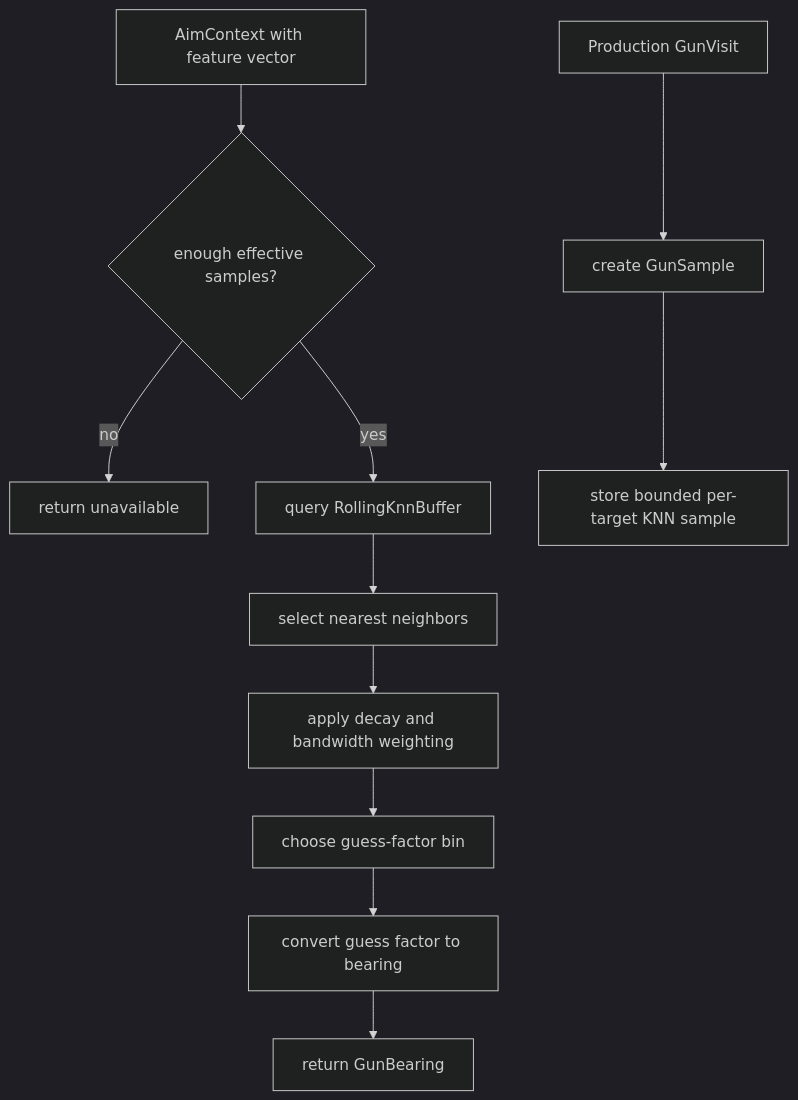
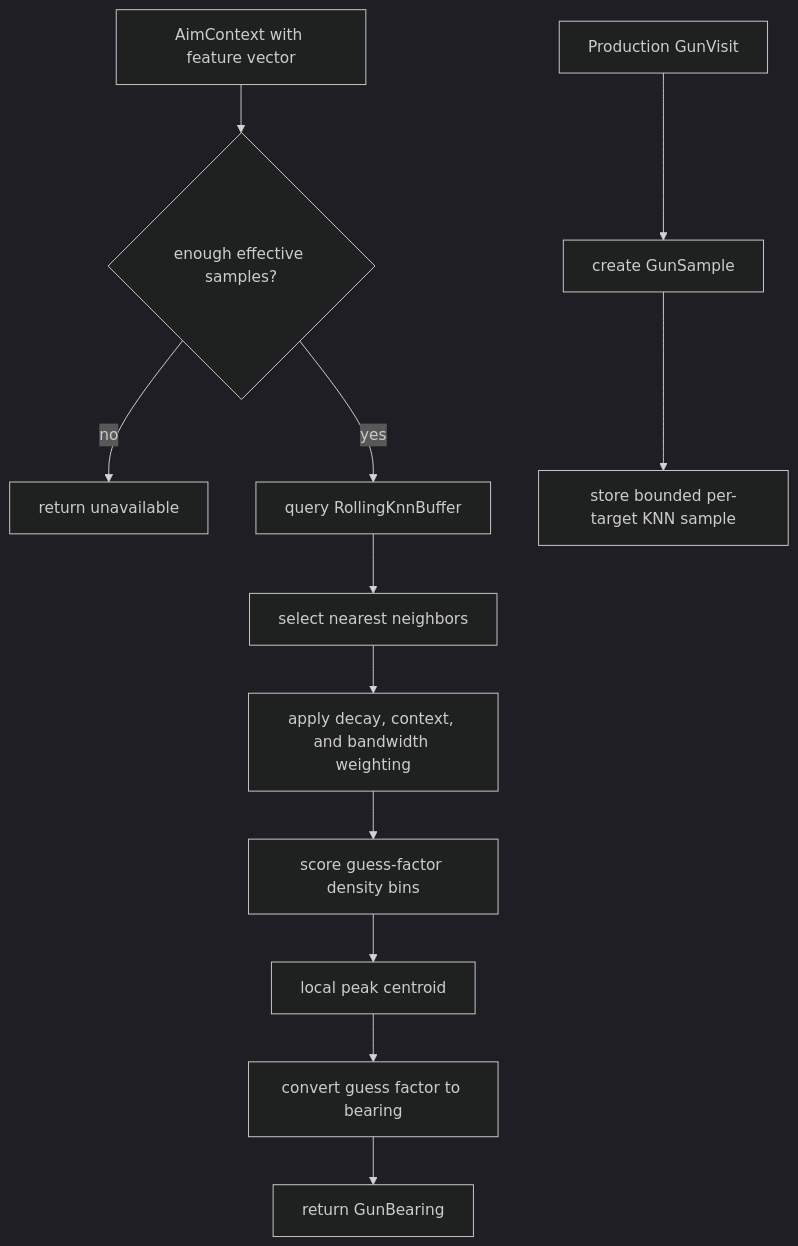
One commit to fduch-stranger/robocode-bot changed the diagram in bots/bot_core/gun/guns/dynamic_cluster/README.md. Above: the diagram before and after it, drawn with Mermaid (dark theme). The commit also changed other lines of this file and 21 other files, not shown here.

Commit message:
Remove outdated dynamic-cluster and shared fire-context planning documents; add shared fire-context implementation, dynamic-cluster aim refinement, context-sensitive weighting, and extended diagnostics with tests.

````diff
--- a/bots/bot_core/gun/guns/dynamic_cluster/README.md
+++ b/bots/bot_core/gun/guns/dynamic_cluster/README.md
@@ -28,13 +40,14 @@
 ```mermaid
 flowchart TD
     A["AimContext with feature vector"] --> B{"enough effective samples?"}
     B -- "no" --> C["return unavailable"]
     B -- "yes" --> D["query RollingKnnBuffer"]
     D --> E["select nearest neighbors"]
-    E --> F["apply decay and bandwidth weighting"]
-    F --> G["choose guess-factor bin"]
-    G --> H["convert guess factor to bearing"]
-    H --> I["return GunBearing"]
+    E --> F["apply decay, context, and bandwidth weighting"]
+    F --> G["score guess-factor density bins"]
+    G --> H["local peak centroid"]
+    H --> I["convert guess factor to bearing"]
+    I --> M["return GunBearing"]
     J["Production GunVisit"] --> K["create GunSample"]
     K --> L["store bounded per-target KNN sample"]
 ```
````
